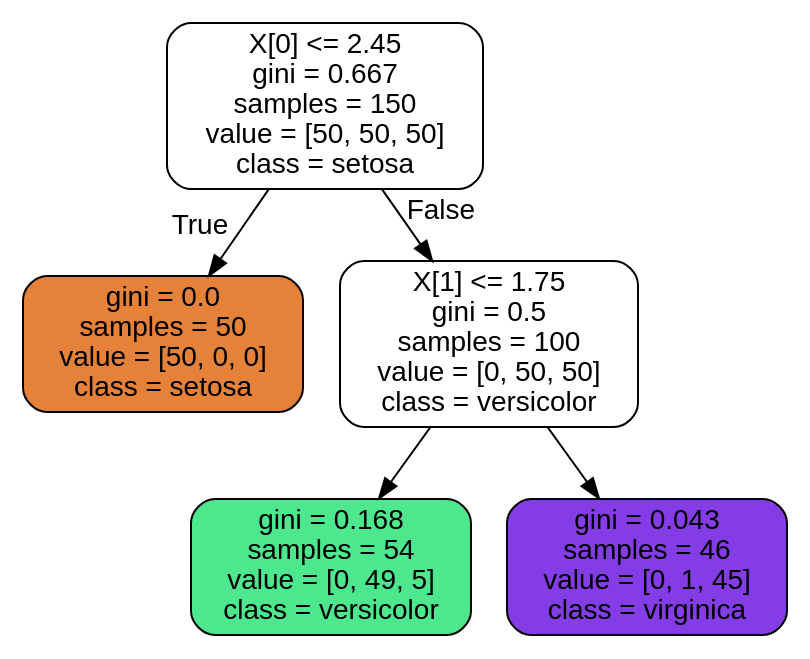
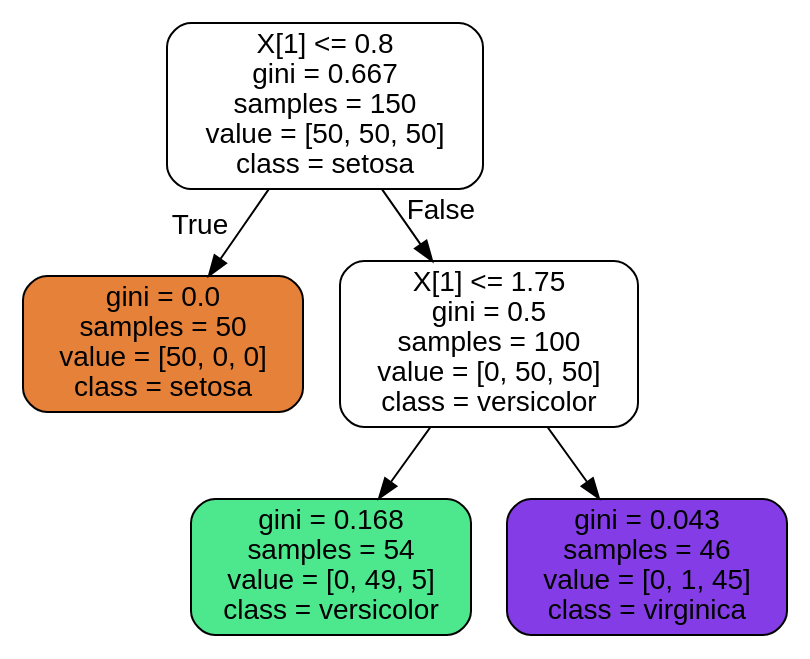
The diagram in livro/aprendizado de maquina com scikit learn/iris_tree.dot (Matheus-de-Mello-Vieira/notebooks), drawn with Graphviz before and after one commit. The commit also changed 4 other files, not shown here.

```diff
--- a/livro/aprendizado de maquina com scikit learn/iris_tree.dot
+++ b/livro/aprendizado de maquina com scikit learn/iris_tree.dot
@@ -1,13 +1,13 @@
 digraph Tree {
 node [shape=box, style="filled, rounded", color="black", fontname="helvetica"] ;
 edge [fontname="helvetica"] ;
-0 [label="X[0] <= 2.45\ngini = 0.667\nsamples = 150\nvalue = [50, 50, 50]\nclass = setosa", fillcolor="#ffffff"] ;
+0 [label="X[1] <= 0.8\ngini = 0.667\nsamples = 150\nvalue = [50, 50, 50]\nclass = setosa", fillcolor="#ffffff"] ;
 1 [label="gini = 0.0\nsamples = 50\nvalue = [50, 0, 0]\nclass = setosa", fillcolor="#e58139"] ;
 0 -> 1 [labeldistance=2.5, labelangle=45, headlabel="True"] ;
 2 [label="X[1] <= 1.75\ngini = 0.5\nsamples = 100\nvalue = [0, 50, 50]\nclass = versicolor", fillcolor="#ffffff"] ;
 0 -> 2 [labeldistance=2.5, labelangle=-45, headlabel="False"] ;
 3 [label="gini = 0.168\nsamples = 54\nvalue = [0, 49, 5]\nclass = versicolor", fillcolor="#4de88e"] ;
 2 -> 3 ;
 4 [label="gini = 0.043\nsamples = 46\nvalue = [0, 1, 45]\nclass = virginica", fillcolor="#843de6"] ;
 2 -> 4 ;
 }
```
